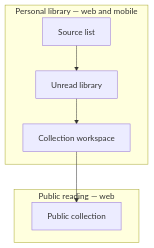
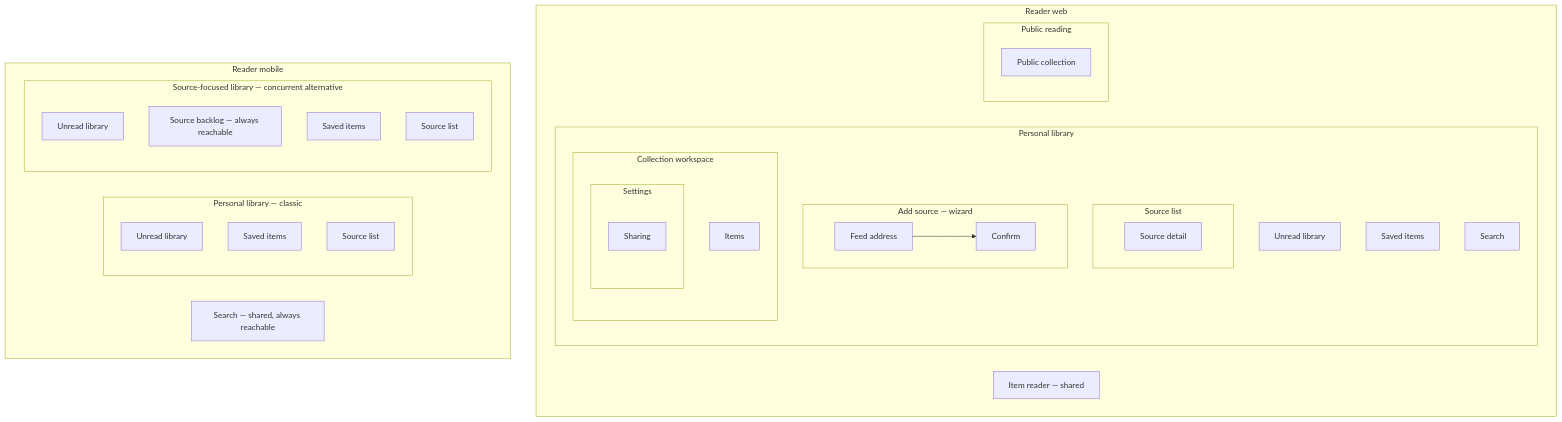
One commit to businesslens/pdd changed the diagram in blueprints/content-feed-reader/references/screen-map.md. Above: the diagram before and after it, drawn with Mermaid. The commit also changed other lines of this file and 431 other files, not shown here.

````diff
--- a/blueprints/content-feed-reader/references/screen-map.md
+++ b/blueprints/content-feed-reader/references/screen-map.md
@@ -7,16 +7,41 @@
 ```mermaid
 flowchart TD
-  subgraph library[Personal library — web and mobile]
-    sources[Source list]
-    unread[Unread library]
-    collections[Collection workspace]
+  subgraph web[Reader web]
+    reader[Item reader — shared]
+    subgraph library[Personal library]
+      unread[Unread library]
+      saved[Saved items]
+      search[Search]
+      subgraph sources[Source list]
+        detail[Source detail]
+      end
+      subgraph add[Add source — wizard]
+        address[Feed address] --> confirm[Confirm]
+      end
+      subgraph workspace[Collection workspace]
+        items[Items]
+        subgraph settings[Settings]
+          sharing[Sharing]
+        end
+      end
+    end
+    subgraph public[Public reading]
+      shared[Public collection]
+    end
   end
 
-  subgraph public[Public reading — web]
-    shared[Public collection]
+  subgraph mobile[Reader mobile]
+    msearch[Search — shared, always reachable]
+    subgraph classic[Personal library — classic]
+      cunread[Unread library]
+      csaved[Saved items]
+      csources[Source list]
+    end
+    subgraph alternative[Source-focused library — concurrent alternative]
+      nunread[Unread library]
+      bysource[Source backlog — always reachable]
+      nsaved[Saved items]
+      nsources[Source list]
+    end
   end
-
-  sources --> unread
-  unread --> collections
-  collections --> shared
 ```
````
